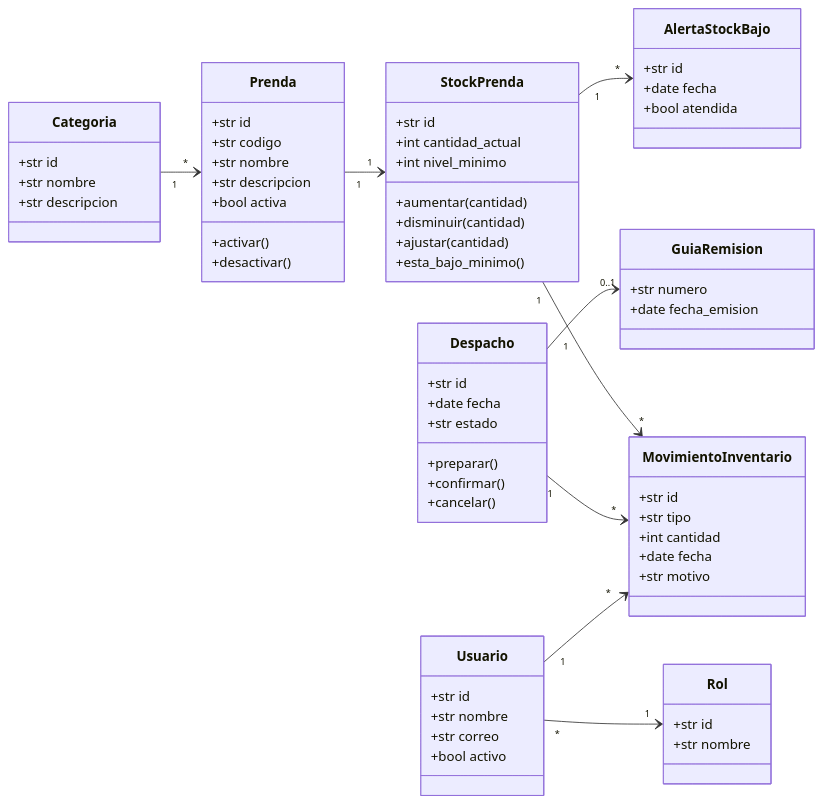
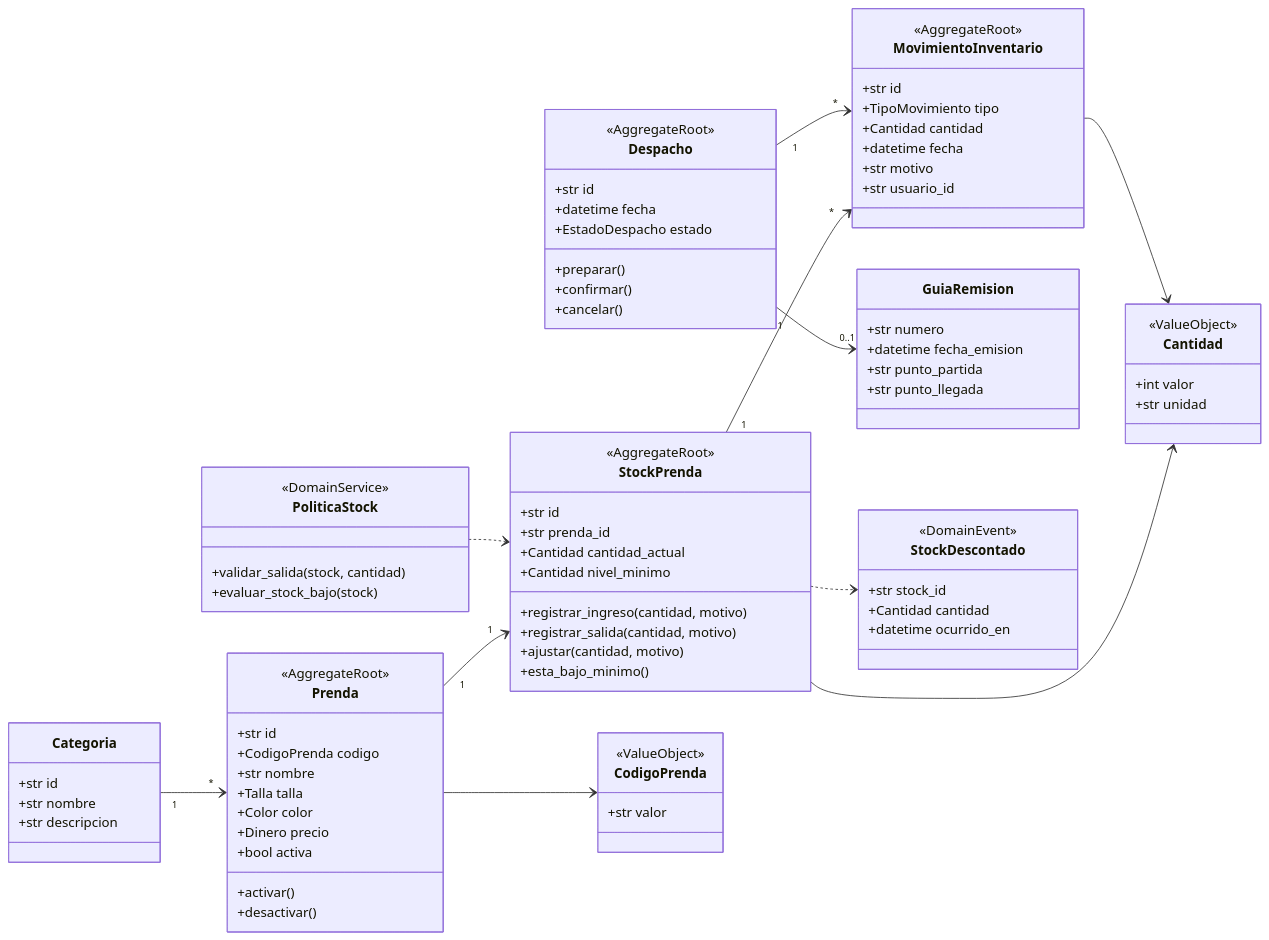
The second of 3 diagrams in docs/modelo_dominio.md (javierRock/SoftwareTextil), drawn with Mermaid before and after one commit. The commit also changed other lines of this file and 5 other files, not shown here.

Commit message:
docs: mejorar README y diagramas DDD

````diff
--- a/docs/modelo_dominio.md
+++ b/docs/modelo_dominio.md
@@ -65,10 +70,13 @@
     direction LR
 
     class Prenda {
+        <<AggregateRoot>>
         +str id
-        +str codigo
+        +CodigoPrenda codigo
         +str nombre
-        +str descripcion
+        +Talla talla
+        +Color color
+        +Dinero precio
         +bool activa
         +activar()
         +desactivar()
@@ -81,33 +89,32 @@
     }
 
     class StockPrenda {
+        <<AggregateRoot>>
         +str id
-        +int cantidad_actual
-        +int nivel_minimo
-        +aumentar(cantidad)
-        +disminuir(cantidad)
-        +ajustar(cantidad)
+        +str prenda_id
+        +Cantidad cantidad_actual
+        +Cantidad nivel_minimo
+        +registrar_ingreso(cantidad, motivo)
+        +registrar_salida(cantidad, motivo)
+        +ajustar(cantidad, motivo)
         +esta_bajo_minimo()
     }
 
     class MovimientoInventario {
+        <<AggregateRoot>>
         +str id
-        +str tipo
-        +int cantidad
-        +date fecha
+        +TipoMovimiento tipo
+        +Cantidad cantidad
+        +datetime fecha
         +str motivo
-    }
-
-    class AlertaStockBajo {
-        +str id
-        +date fecha
-        +bool atendida
+        +str usuario_id
     }
 
     class Despacho {
+        <<AggregateRoot>>
         +str id
-        +date fecha
-        +str estado
+        +datetime fecha
+        +EstadoDespacho estado
         +preparar()
         +confirmar()
         +cancelar()
@@ -115,27 +122,43 @@
 
     class GuiaRemision {
         +str numero
-        +date fecha_emision
+        +datetime fecha_emision
+        +str punto_partida
+        +str punto_llegada
     }
 
-    class Usuario {
-        +str id
-        +str nombre
-        +str correo
-        +bool activo
+    class Cantidad {
+        <<ValueObject>>
+        +int valor
+        +str unidad
     }
 
-    class Rol {
-        +str id
-        +str nombre
+    class CodigoPrenda {
+        <<ValueObject>>
+        +str valor
+    }
+
+    class PoliticaStock {
+        <<DomainService>>
+        +validar_salida(stock, cantidad)
+        +evaluar_stock_bajo(stock)
+    }
+
+    class StockDescontado {
+        <<DomainEvent>>
+        +str stock_id
+        +Cantidad cantidad
+        +datetime ocurrido_en
     }
 
     Categoria "1" --> "*" Prenda
+    Prenda --> CodigoPrenda
     Prenda "1" --> "1" StockPrenda
+    StockPrenda --> Cantidad
     StockPrenda "1" --> "*" MovimientoInventario
-    StockPrenda "1" --> "*" AlertaStockBajo
+    MovimientoInventario --> Cantidad
     Despacho "1" --> "*" MovimientoInventario
     Despacho "1" --> "0..1" GuiaRemision
-    Usuario "1" --> "*" MovimientoInventario
-    Usuario "*" --> "1" Rol
+    PoliticaStock ..> StockPrenda
+    StockPrenda ..> StockDescontado
 ```
````
